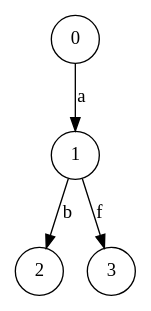
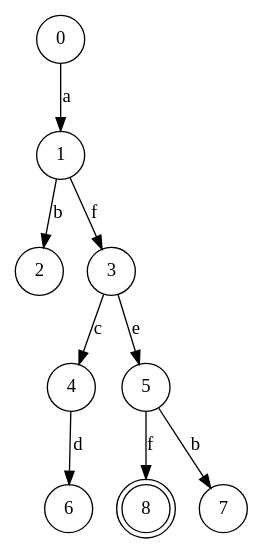
The diagram in states.dot (dvberkel/bergen), drawn with Graphviz before and after one commit. The commit also changed 1 other file, not shown here.

```diff
--- a/states.dot
+++ b/states.dot
@@ -1,6 +1,12 @@
 digraph {
   node [shape=circle];
+  8 [shape=doublecircle];
   0 -> 1 [label="a"];
   1 -> 2 [label="b"];
   1 -> 3 [label="f"];
+  3 -> 4 [label="c"];
+  3 -> 5 [label="e"];
+  4 -> 6 [label="d"];
+  5 -> 7 [label="b"];
+  5 -> 8 [label="f"];
 }
```
